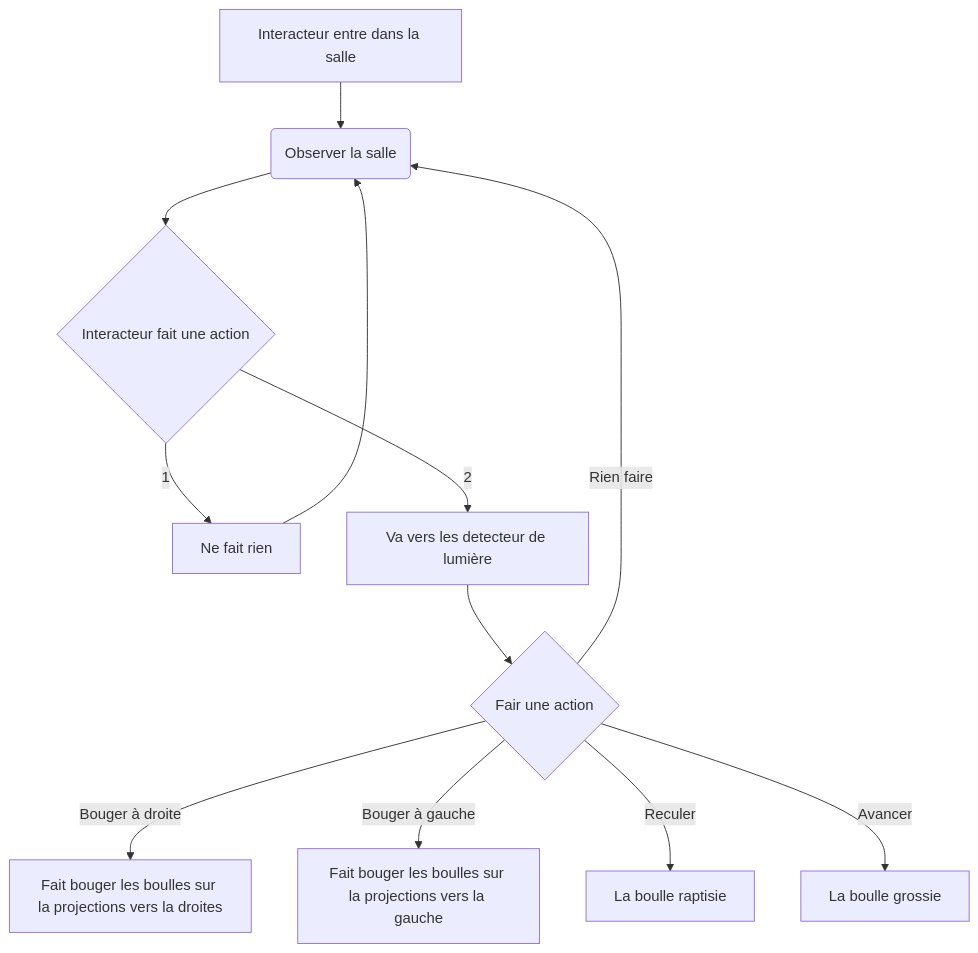
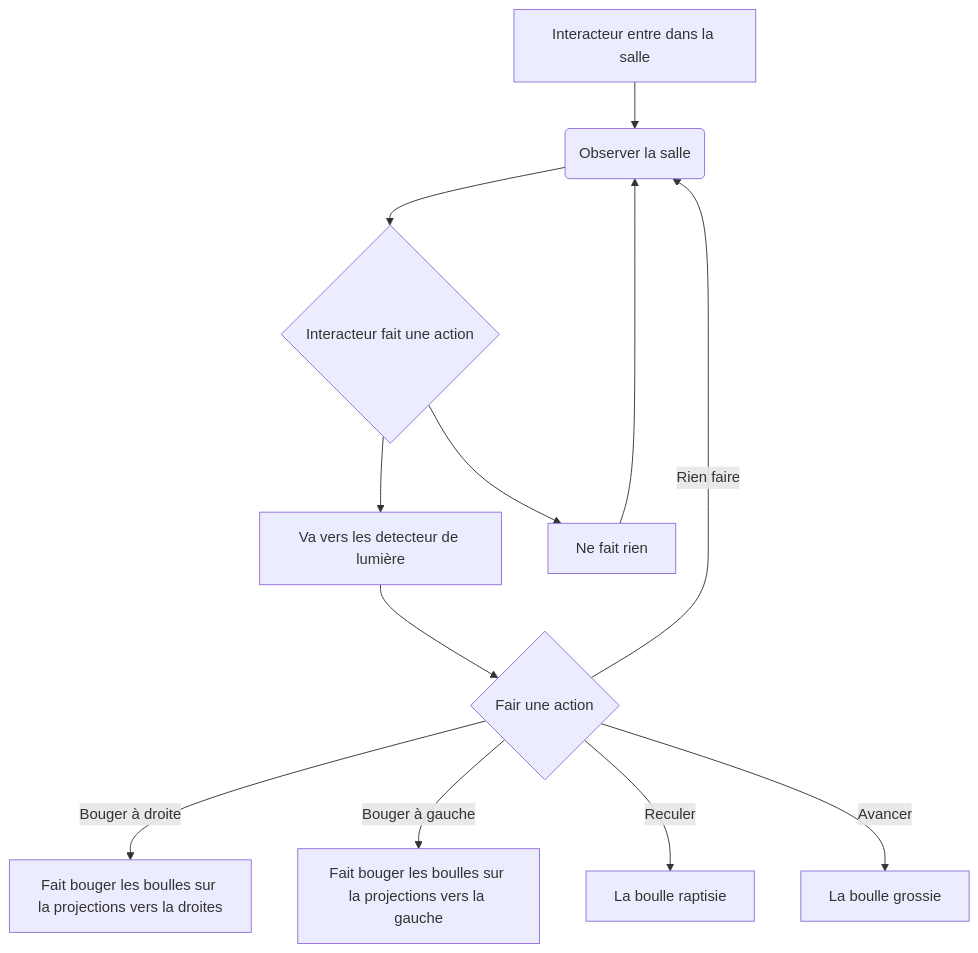
One commit to victorgileau/piano_etoile_scenarisation_projet changed the diagram in README.md. Above: the diagram before and after it, drawn with Mermaid.

Commit message:
README.md_modif_senario

````diff
--- a/README.md
+++ b/README.md
@@ -20,14 +20,14 @@
 ```mermaid
 flowchart TD
     A[Interacteur entre dans la salle] --> B(Observer la salle)
     B --> C{Interacteur fait une action}
-    C -->|1| D[Ne fait rien]
-    C -->|2| E[Va vers les detecteur de lumière]
-    D --> B
-    E --> F{Fair une action}
+    C --> D[Va vers les detecteur de lumière]
+    C --> E[Ne fait rien]
+    E --> B
+    D --> F{Fair une action}
     F -->|Bouger à droite| G[Fait bouger les boulles sur la projections vers la droites]
     F -->|Bouger à gauche| H[Fait bouger les boulles sur la projections vers la gauche]
     F -->|Reculer| I[La boulle raptisie]
     F -->|Avancer| J[La boulle grossie]
     F -->|Rien faire| B
 ```
````
